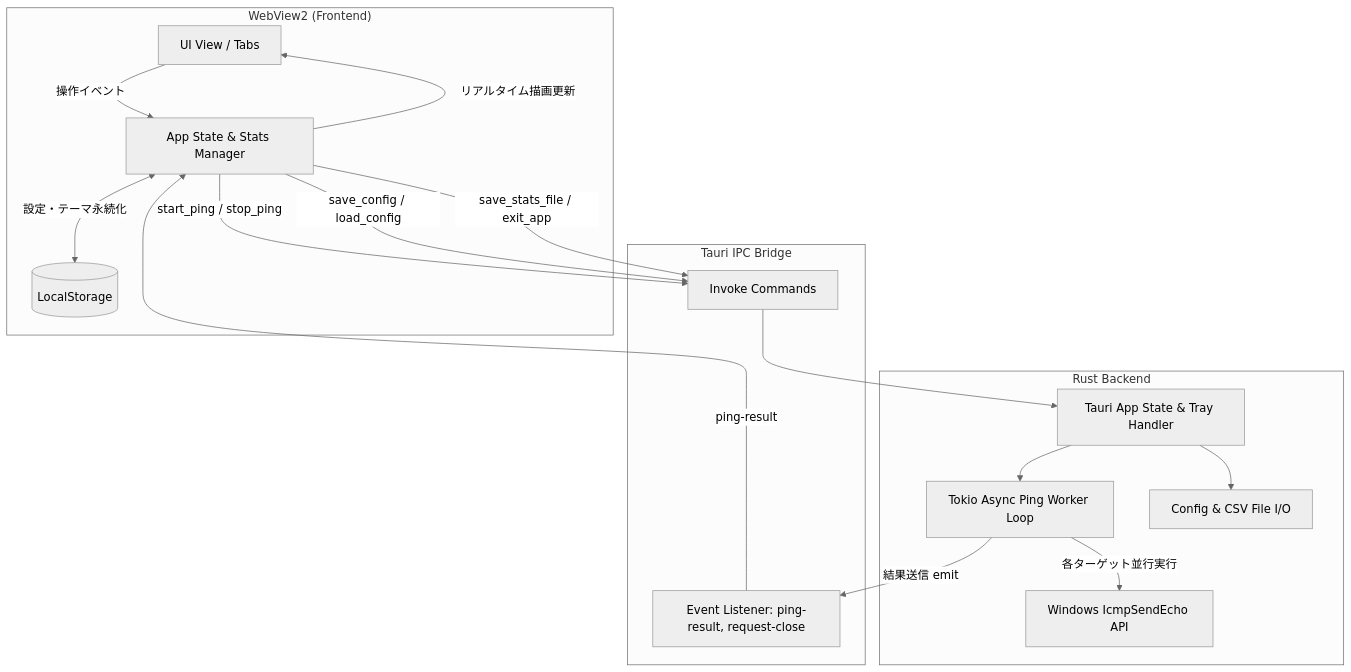
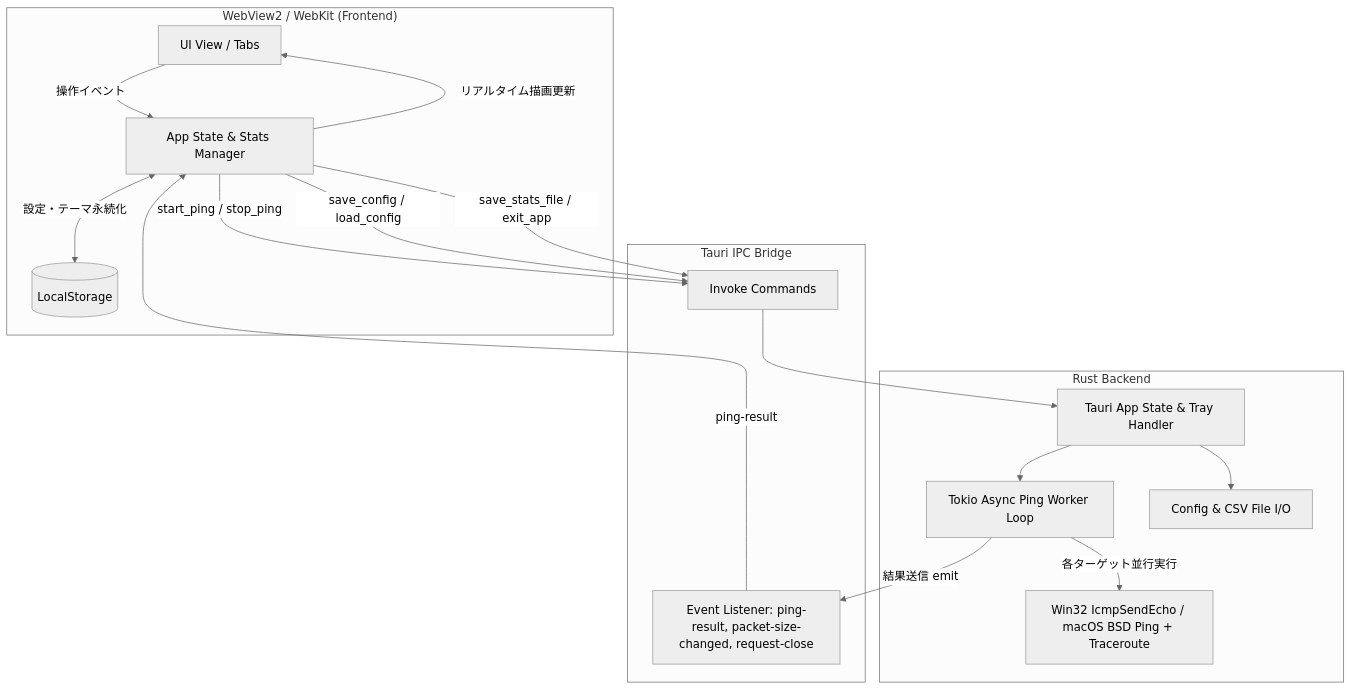
The diagram in SPECIFICATION.md (Inzelnull/NewPing), drawn with Mermaid (neutral theme) before and after one commit. The commit also changed other lines of this file and 5 other files, not shown here.

````diff
--- a/SPECIFICATION.md
+++ b/SPECIFICATION.md
@@ -64,34 +66,34 @@
 ```mermaid
 flowchart TD
-    subgraph Frontend["WebView2 (Frontend)"]
+    subgraph Frontend["WebView2 / WebKit (Frontend)"]
         UI["UI View / Tabs"]
         State["App State & Stats Manager"]
         Storage[("LocalStorage")]
     end
 
     subgraph IPC["Tauri IPC Bridge"]
         Invokes["Invoke Commands"]
-        Events["Event Listener: ping-result, request-close"]
+        Events["Event Listener: ping-result, packet-size-changed, request-close"]
     end
 
     subgraph Backend["Rust Backend"]
         TauriCore["Tauri App State & Tray Handler"]
         PingLoop["Tokio Async Ping Worker Loop"]
-        ICMP["Windows IcmpSendEcho API"]
+        ICMP["Win32 IcmpSendEcho / macOS BSD Ping + Traceroute"]
         FileIO["Config & CSV File I/O"]
     end
 
     UI -->|操作イベント| State
     State -->|start_ping / stop_ping| Invokes
     State -->|save_config / load_config| Invokes
     State -->|save_stats_file / exit_app| Invokes
     State <-->|設定・テーマ永続化| Storage
 
     Invokes --> TauriCore
     TauriCore --> PingLoop
     PingLoop -->|各ターゲット並行実行| ICMP
     PingLoop -->|結果送信 emit| Events
     Events -->|ping-result| State
     State -->|リアルタイム描画更新| UI
     TauriCore --> FileIO
 ```
````
